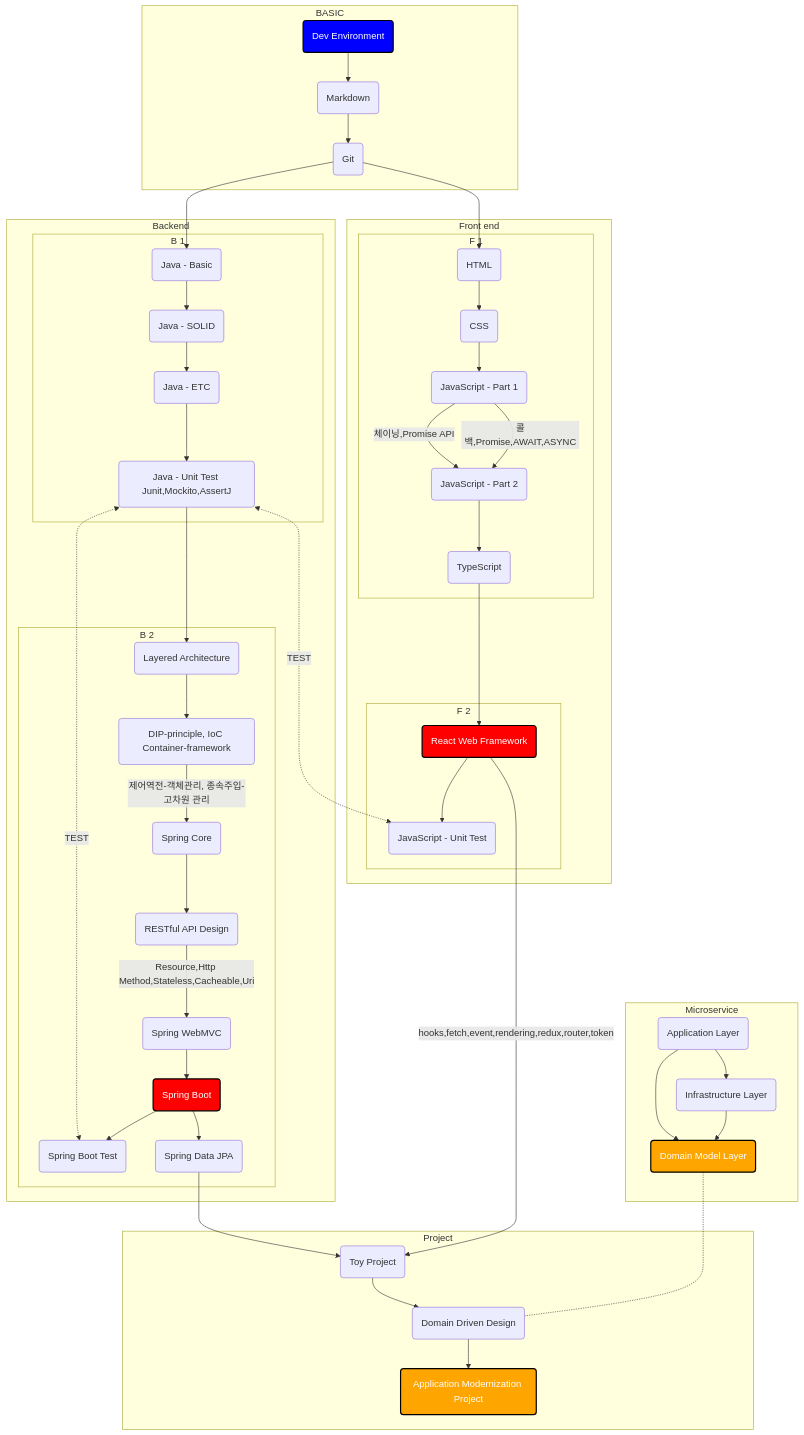
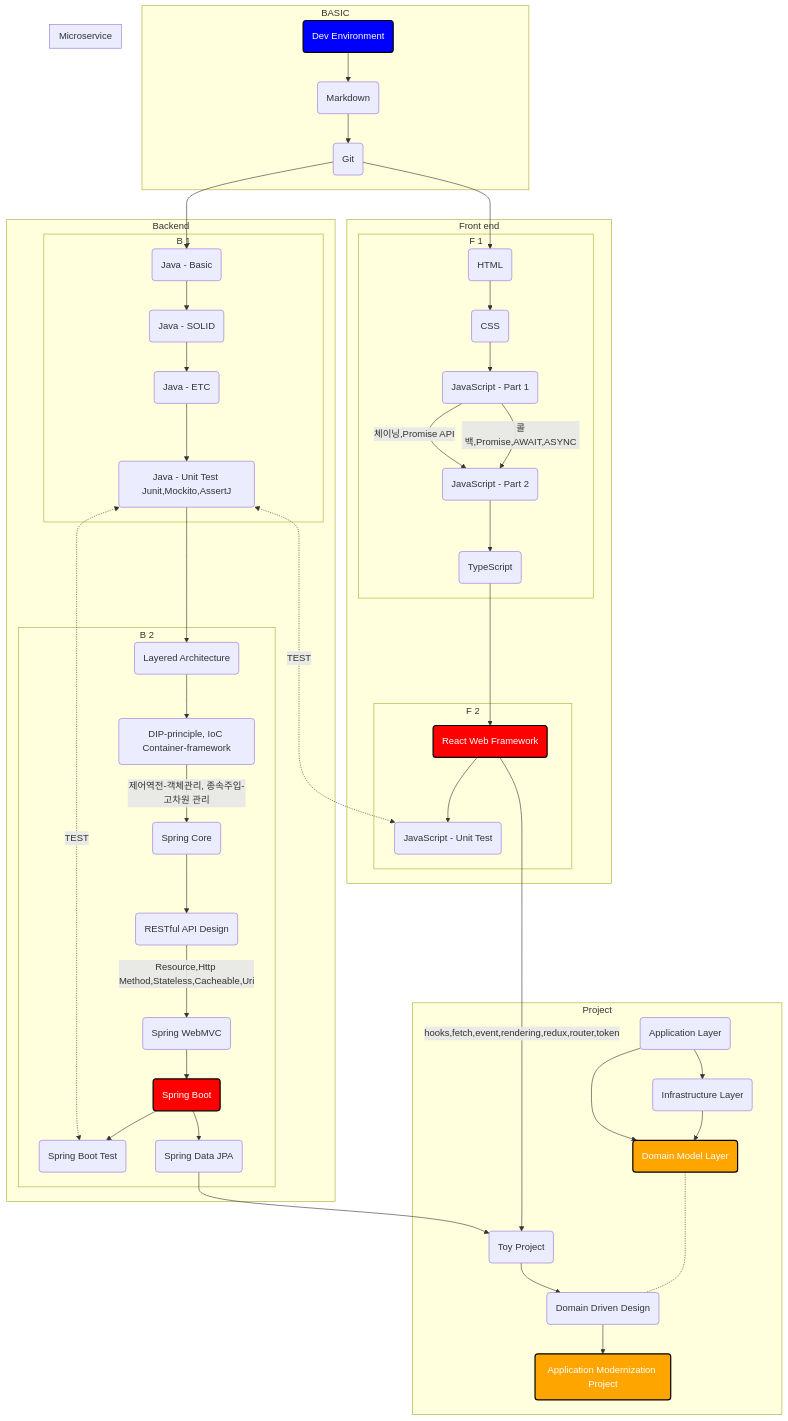
Before and after one commit to HankJoo/HankJoo: the first of 2 diagrams in README.md, drawn with Mermaid.

```diff
--- a/README.md
+++ b/README.md
@@ -79,16 +79,17 @@
     subgraph "Project"
             P1(Toy Project)
             P2(Domain Driven Design)            
-            P3(Application Modernization Project):::orange        
-    end 
-    
-    subgraph "Microservice"
+            P3(Application Modernization Project):::orange    
             P21(Application Layer)
             P22(Domain Model Layer):::orange
             P23(Infrastructure Layer)
             P21-->P23
             P23-->P22
-            P21-->P22
+            P21-->P22    
+    end 
+    
+    subgraph "Microservice"
+
     end
     
     P22-..-P2
```
